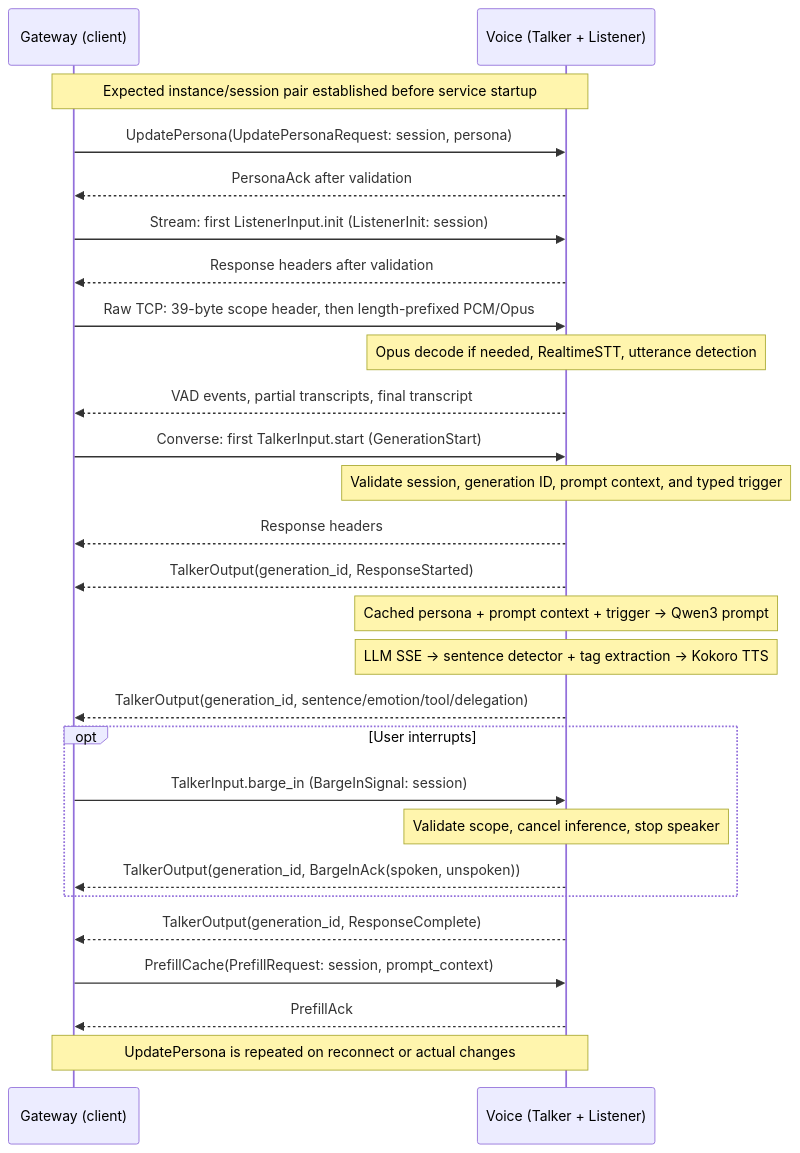
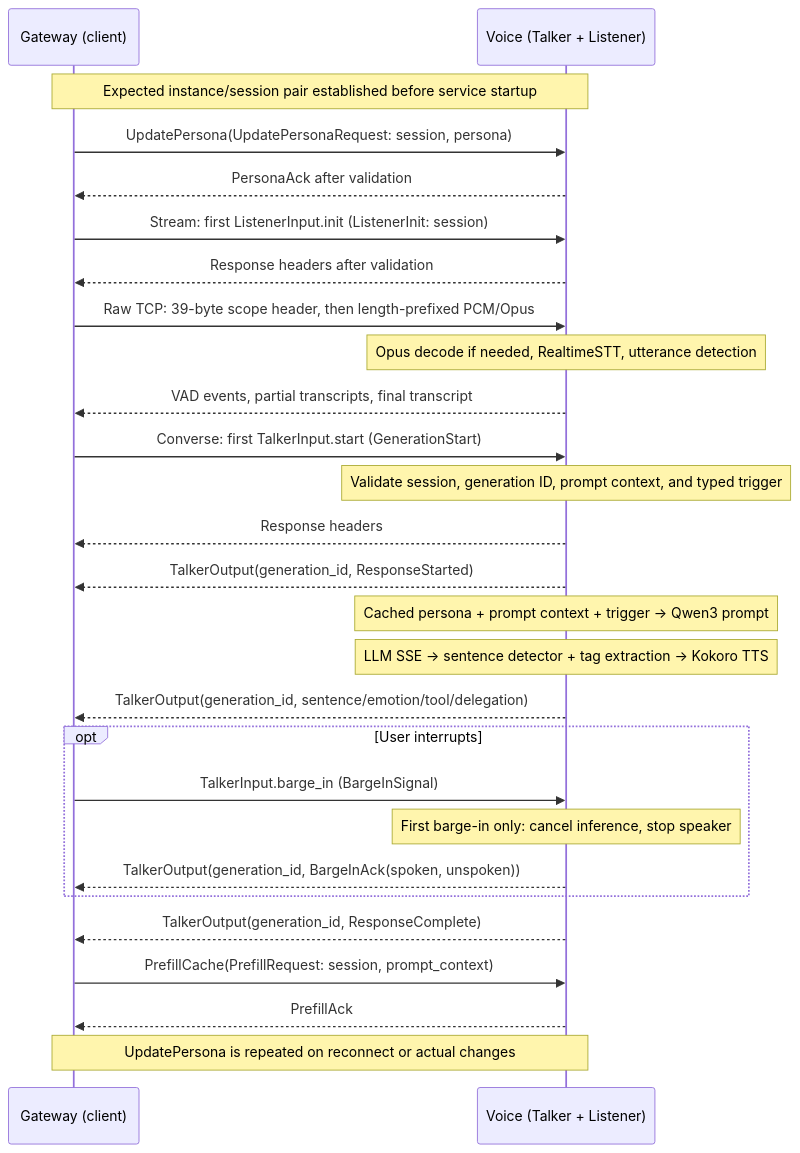
One commit to styin/kaguya changed the diagram in talker/README.md. Above: the diagram before and after it, drawn with Mermaid. The commit also changed other lines of this file and 51 other files, not shown here.

````diff
--- a/talker/README.md
+++ b/talker/README.md
@@ -298,33 +298,33 @@
 ```mermaid
 sequenceDiagram
     participant G as Gateway (client)
     participant V as Voice (Talker + Listener)
 
     Note over G,V: Expected instance/session pair established before service startup
     G->>V: UpdatePersona(UpdatePersonaRequest: session, persona)
     V-->>G: PersonaAck after validation
 
     G->>V: Stream: first ListenerInput.init (ListenerInit: session)
     V-->>G: Response headers after validation
     G->>V: Raw TCP: 39-byte scope header, then length-prefixed PCM/Opus
     Note over V: Opus decode if needed, RealtimeSTT, utterance detection
     V-->>G: VAD events, partial transcripts, final transcript
 
     G->>V: Converse: first TalkerInput.start (GenerationStart)
     Note over V: Validate session, generation ID, prompt context, and typed trigger
     V-->>G: Response headers
     V-->>G: TalkerOutput(generation_id, ResponseStarted)
     Note over V: Cached persona + prompt context + trigger → Qwen3 prompt
     Note over V: LLM SSE → sentence detector + tag extraction → Kokoro TTS
     V-->>G: TalkerOutput(generation_id, sentence/emotion/tool/delegation)
     opt User interrupts
-        G->>V: TalkerInput.barge_in (BargeInSignal: session)
-        Note over V: Validate scope, cancel inference, stop speaker
+        G->>V: TalkerInput.barge_in (BargeInSignal)
+        Note over V: First barge-in only: cancel inference, stop speaker
         V-->>G: TalkerOutput(generation_id, BargeInAck(spoken, unspoken))
     end
     V-->>G: TalkerOutput(generation_id, ResponseComplete)
 
     G->>V: PrefillCache(PrefillRequest: session, prompt_context)
     V-->>G: PrefillAck
     Note over G,V: UpdatePersona is repeated on reconnect or actual changes
 ```
````
